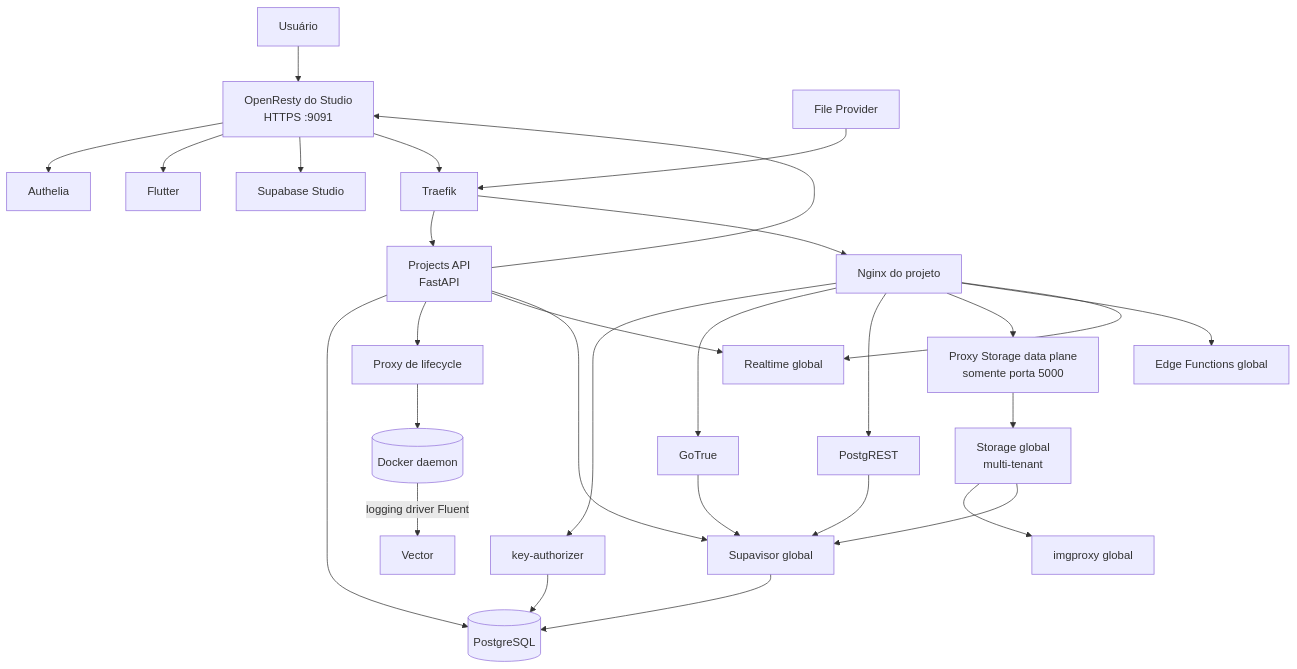
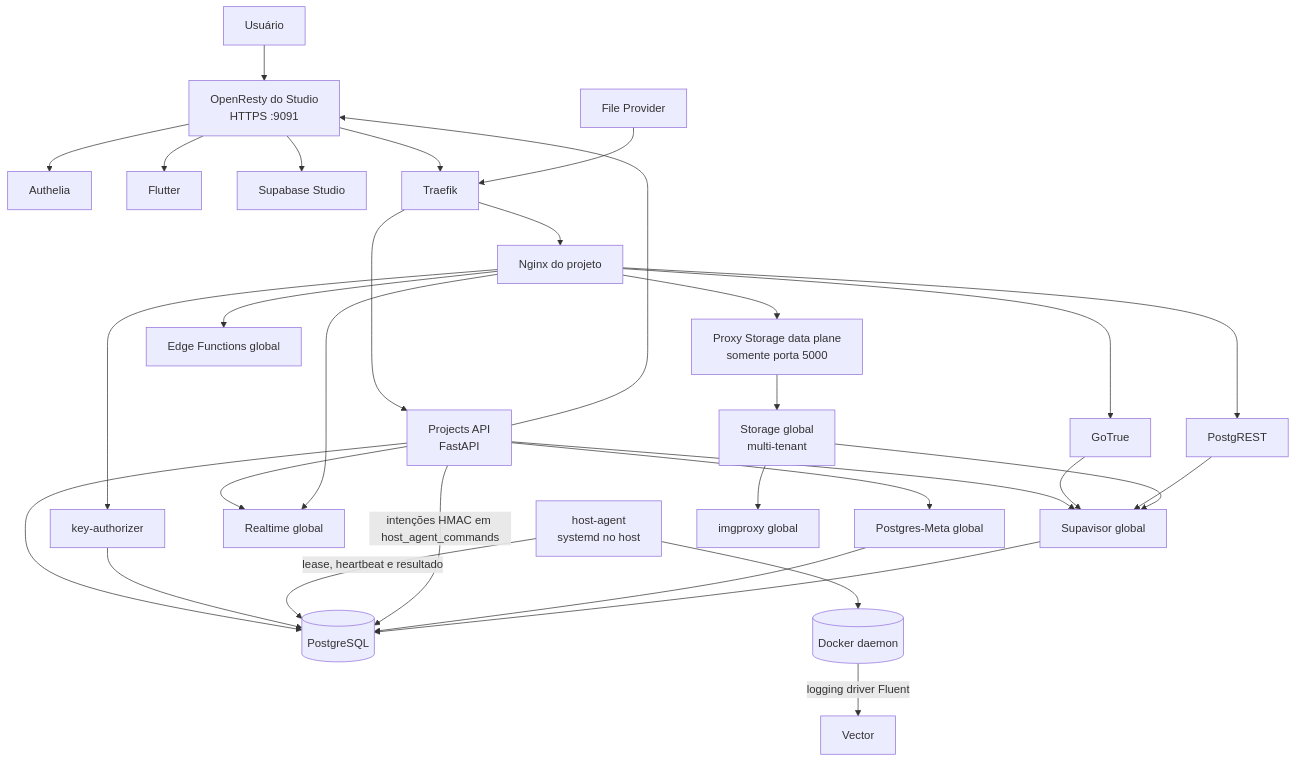
One commit to GustavoMartins123/supabase-multitenant changed the diagram in docs/00-arquitetura.md. Above: the diagram before and after it, drawn with Mermaid. The commit also changed other lines of this file, not shown here.

Commit message:
docs: align architecture with host-agent and shared storage

````diff
--- a/docs/00-arquitetura.md
+++ b/docs/00-arquitetura.md
@@ -15,36 +15,41 @@
 ```mermaid
 flowchart TB
     User[Usuário] --> StudioGateway[OpenResty do Studio\nHTTPS :9091]
     StudioGateway --> Authelia[Authelia]
     StudioGateway --> Selector[Flutter]
     StudioGateway --> Studio[Supabase Studio]
 
     StudioGateway --> Traefik[Traefik]
     Traefik --> ProjectsAPI[Projects API\nFastAPI]
     Traefik --> ProjectNginx[Nginx do projeto]
 
     ProjectsAPI --> PostgreSQL[(PostgreSQL)]
     ProjectNginx --> KeyAuthorizer[key-authorizer]
     KeyAuthorizer --> PostgreSQL
-    ProjectsAPI --> LifecycleProxy[Proxy de lifecycle]
-    LifecycleProxy --> Docker[(Docker daemon)]
+
+    HostAgent[host-agent\nsystemd no host] -->|lease, heartbeat e resultado| PostgreSQL
+    HostAgent --> Docker[(Docker daemon)]
+    ProjectsAPI -->|intenções HMAC em host_agent_commands| PostgreSQL
+
     ProjectsAPI --> Realtime[Realtime global]
     ProjectsAPI --> Supavisor[Supavisor global]
+    ProjectsAPI --> PostgresMeta[Postgres-Meta global]
     ProjectsAPI --> StudioGateway
+    PostgresMeta --> PostgreSQL
 
     DynamicConfig[File Provider] --> Traefik
     Docker -->|logging driver Fluent| Vector[Vector]
 
     ProjectNginx --> Auth[GoTrue]
     ProjectNginx --> Rest[PostgREST]
     ProjectNginx --> StorageDataPlane[Proxy Storage data plane\nsomente porta 5000]
     StorageDataPlane --> Storage[Storage global\nmulti-tenant]
     Storage --> ImgProxy[imgproxy global]
     ProjectNginx --> Functions[Edge Functions global]
     ProjectNginx --> Realtime
 
     Auth --> Supavisor
     Rest --> Supavisor
     Storage --> Supavisor
     Supavisor --> PostgreSQL
 ```
````
